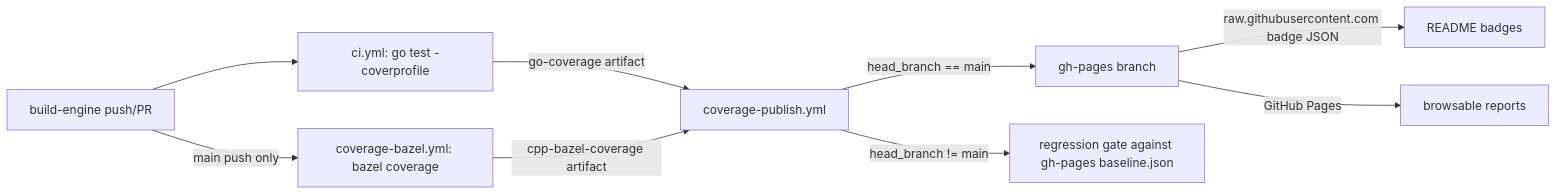
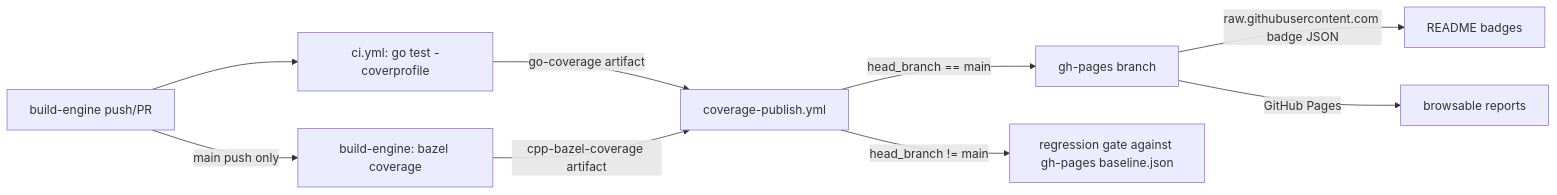
The diagram in docs/dev/coverage/README.md (vantaboard/bigquery-emulator), drawn with Mermaid before and after one commit. The commit also changed other lines of this file and 10 other files, not shown here.

First line of the commit message:
refactor(ci): consolidate C++ build, cc_test, and coverage in build-engine

````diff
--- a/docs/dev/coverage/README.md
+++ b/docs/dev/coverage/README.md
@@ -26,11 +25,11 @@
 ```mermaid
 flowchart LR
   buildEngine[build-engine push/PR] --> ci[ci.yml: go test -coverprofile]
-  buildEngine -->|"main push only"| cpp[coverage-bazel.yml: bazel coverage]
+  buildEngine -->|"main push only"| cpp[build-engine: bazel coverage]
   ci -->|go-coverage artifact| pub[coverage-publish.yml]
   cpp -->|cpp-bazel-coverage artifact| pub
   pub -->|"head_branch == main"| gh[gh-pages branch]
   pub -->|"head_branch != main"| gate[regression gate against gh-pages baseline.json]
   gh -->|raw.githubusercontent.com badge JSON| readme["README badges"]
   gh -->|GitHub Pages| browse["browsable reports"]
 ```
````
